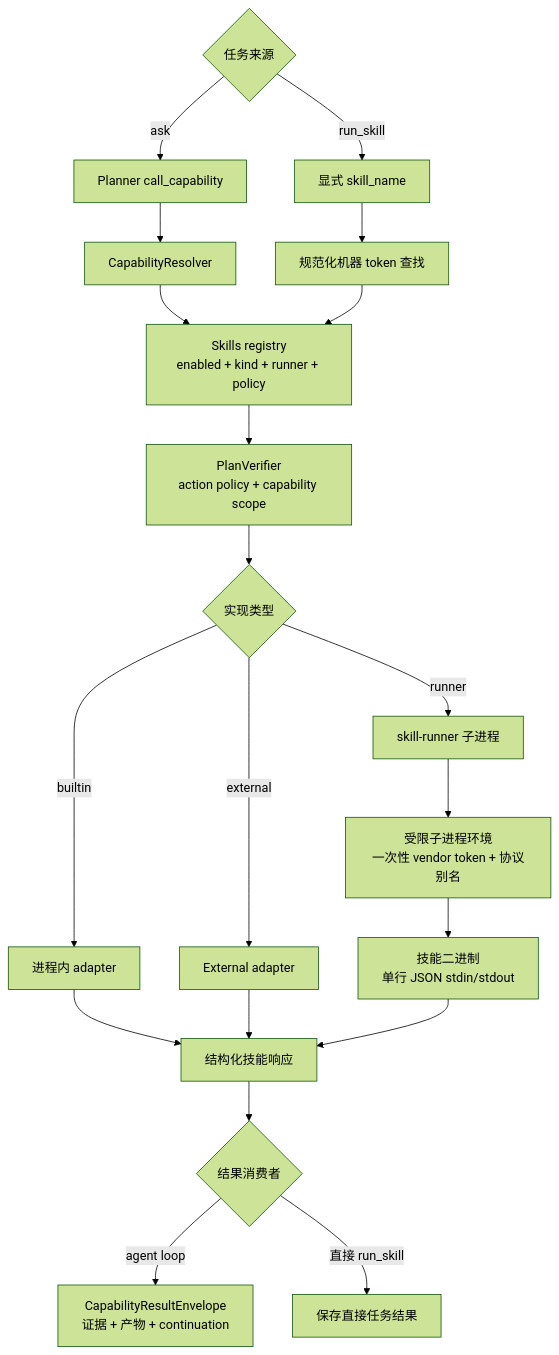
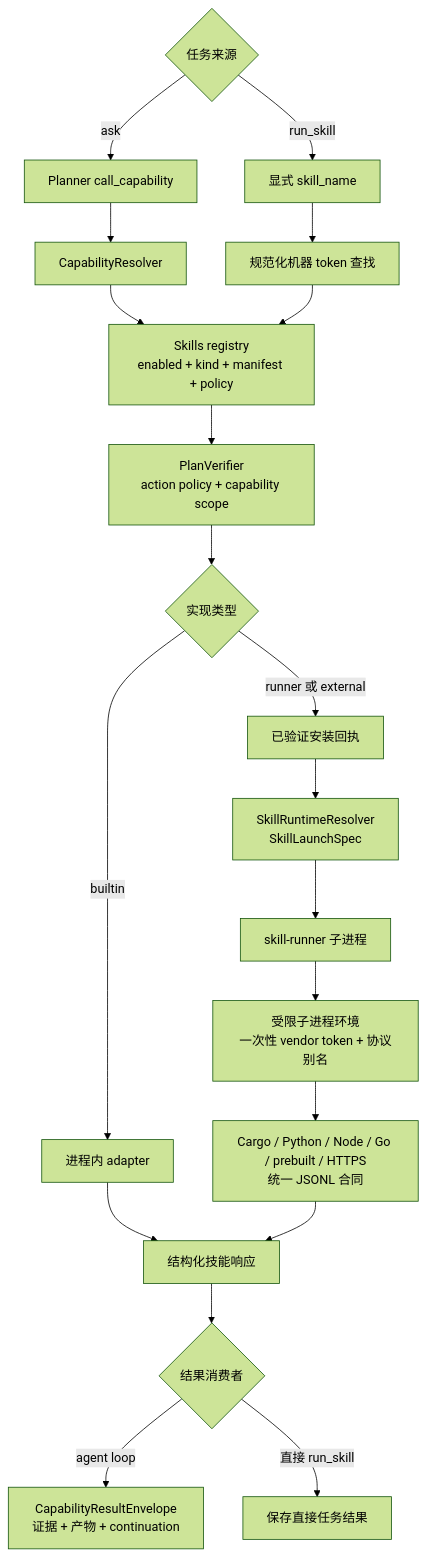
The first of 3 diagrams in docs/architecture/05-skills-media-models.zh-CN.md (MatrixCoreX/RustClaw), drawn with Mermaid (forest theme) before and after one commit. The commit also changed other lines of this file and 257 other files, not shown here.

````diff
--- a/docs/architecture/05-skills-media-models.zh-CN.md
+++ b/docs/architecture/05-skills-media-models.zh-CN.md
@@ -15,22 +15,22 @@
 ```mermaid
 flowchart TD
     A{任务来源} -->|ask| B[Planner call_capability]
     A -->|run_skill| C[显式 skill_name]
     B --> D[CapabilityResolver]
     C --> E[规范化机器 token 查找]
     D --> F
-    E --> F[Skills registry<br/>enabled + kind + runner + policy]
+    E --> F[Skills registry<br/>enabled + kind + manifest + policy]
     F --> P[PlanVerifier<br/>action policy + capability scope]
     P --> G{实现类型}
     G -->|builtin| H[进程内 adapter]
-    G -->|runner| I[skill-runner 子进程]
-    G -->|external| J[External adapter]
+    G -->|runner 或 external| R[已验证安装回执]
+    R --> S[SkillRuntimeResolver<br/>SkillLaunchSpec]
+    S --> I[skill-runner 子进程]
     I --> Q[受限子进程环境<br/>一次性 vendor token + 协议别名]
-    Q --> K[技能二进制<br/>单行 JSON stdin/stdout]
+    Q --> K[Cargo / Python / Node / Go / prebuilt / HTTPS<br/>统一 JSONL 合同]
     H --> L[结构化技能响应]
-    J --> L
     K --> L
     L --> M{结果消费者}
     M -->|agent loop| N[CapabilityResultEnvelope<br/>证据 + 产物 + continuation]
     M -->|直接 run_skill| O[保存直接任务结果]
 ```
````
